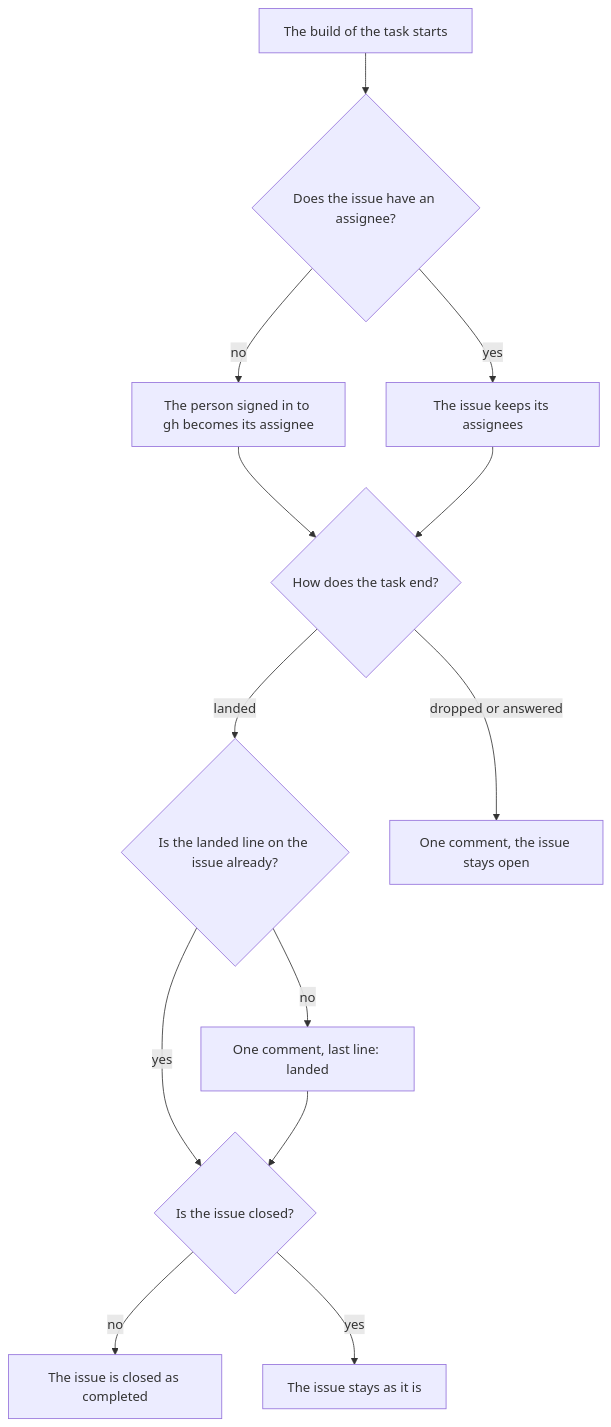
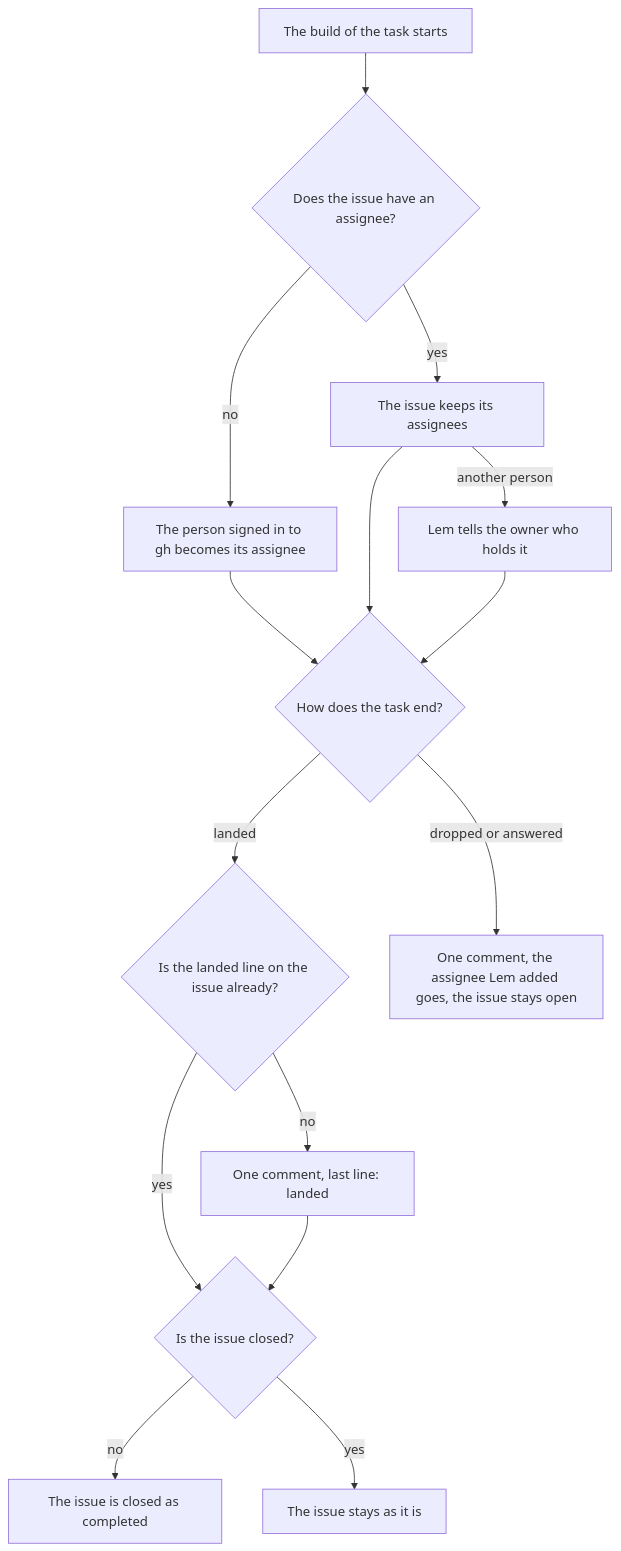
One commit to pySilver/lem changed the diagram in docs/plans/2026-11-21-github-issues-tracker.md. Above: the diagram before and after it, drawn with Mermaid. The commit also changed other lines of this file, not shown here.

Commit message:
docs(plans): the owner's changes to the GitHub Issues criteria

````diff
--- a/docs/plans/2026-11-21-github-issues-tracker.md
+++ b/docs/plans/2026-11-21-github-issues-tracker.md
@@ -51,15 +65,17 @@
 ```mermaid
 flowchart TD
   S["The build of the task starts"] --> A{"Does the issue have an assignee?"}
   A -->|"no"| A1["The person signed in to gh becomes its assignee"]
   A -->|"yes"| A2["The issue keeps its assignees"]
+  A2 -->|"another person"| A3["Lem tells the owner who holds it"]
   A1 --> E{"How does the task end?"}
   A2 --> E
+  A3 --> E
   E -->|"landed"| C{"Is the landed line on the issue already?"}
   C -->|"no"| C1["One comment, last line: landed"]
   C -->|"yes"| X{"Is the issue closed?"}
   C1 --> X
   X -->|"no"| X1["The issue is closed as completed"]
   X -->|"yes"| X2["The issue stays as it is"]
-  E -->|"dropped or answered"| D["One comment, the issue stays open"]
+  E -->|"dropped or answered"| D["One comment, the assignee Lem added goes, the issue stays open"]
 ```
````
